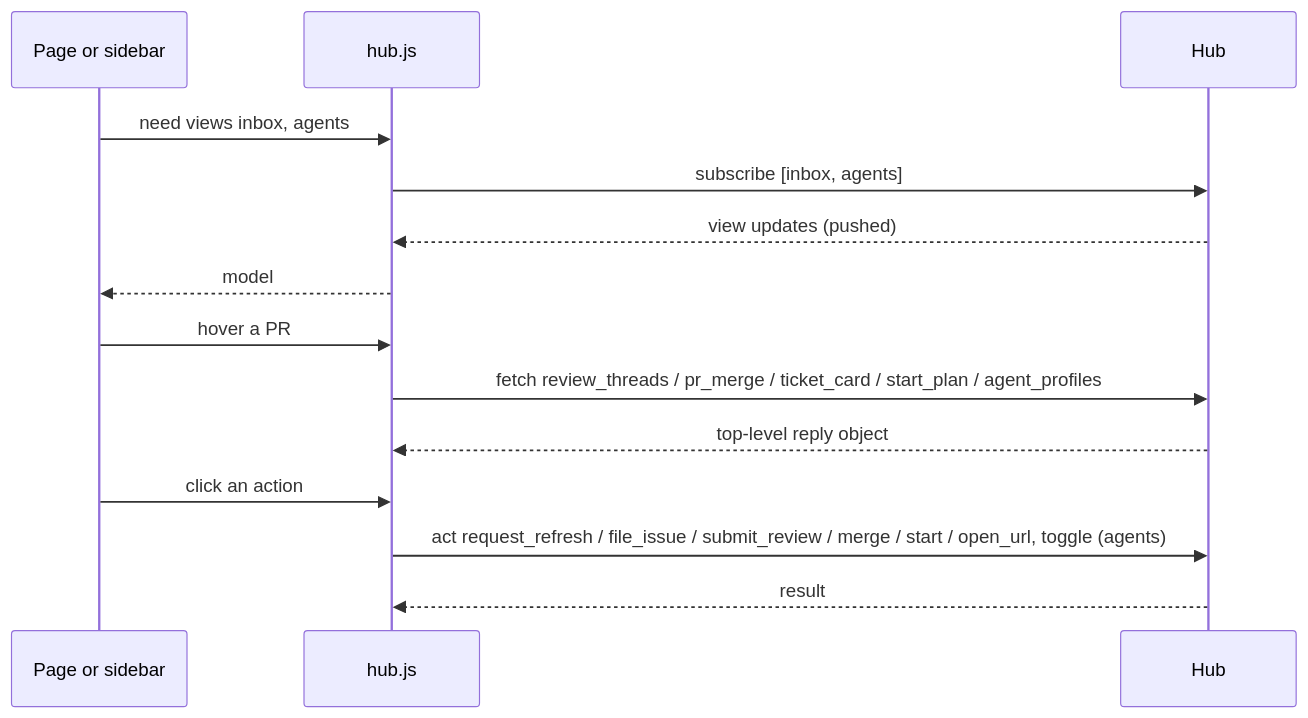
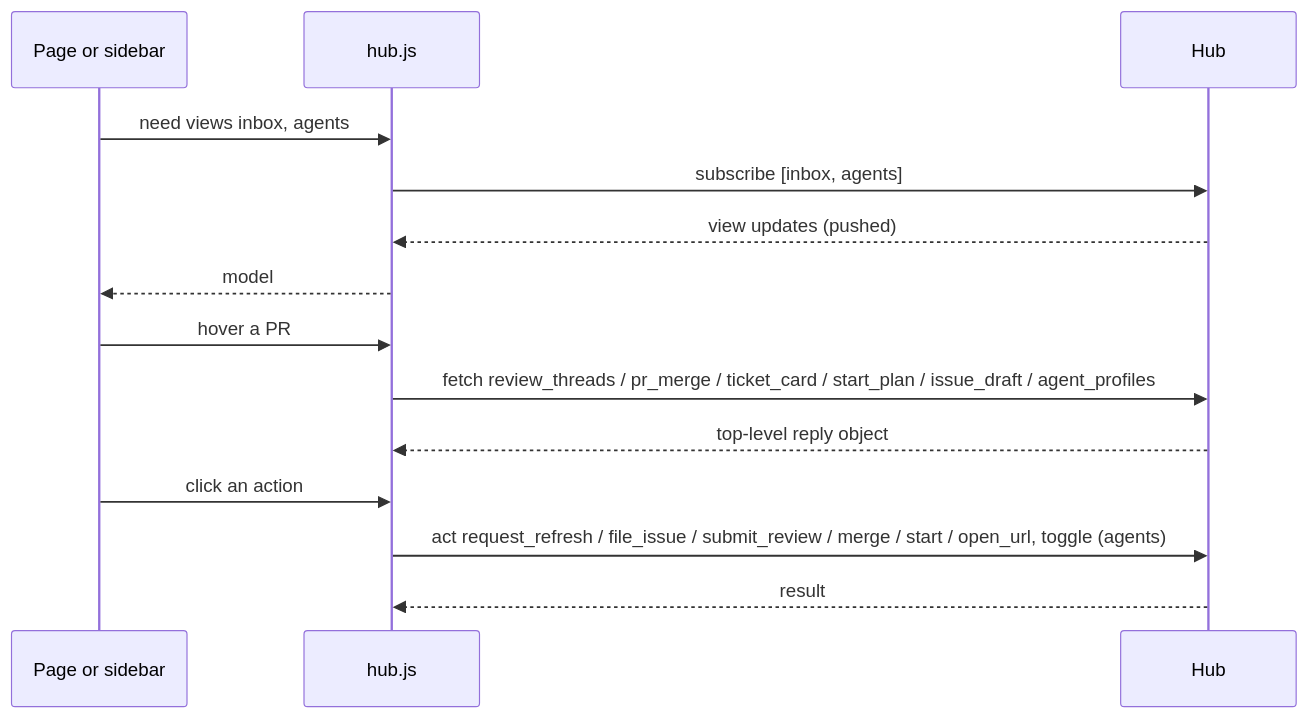
The fourth of 12 diagrams in herdr-layouts/khanh-personal/ARCHITECTURE.md (TQKNG/khanh-agent-workspace), drawn with Mermaid before and after one commit. The commit also changed 10 other files, not shown here.

First line of the commit message:
feat(herdr-layout): draft issues from an idea in the File issue dialog (#18)

````diff
--- a/herdr-layouts/khanh-personal/ARCHITECTURE.md
+++ b/herdr-layouts/khanh-personal/ARCHITECTURE.md
@@ -94,17 +94,17 @@
 ```mermaid
 sequenceDiagram
     participant UI as Page or sidebar
     participant HC as hub.js
     participant H as Hub
 
     UI->>HC: need views inbox, agents
     HC->>H: subscribe [inbox, agents]
     H-->>HC: view updates (pushed)
     HC-->>UI: model
     UI->>HC: hover a PR
-    HC->>H: fetch review_threads / pr_merge / ticket_card / start_plan / agent_profiles
+    HC->>H: fetch review_threads / pr_merge / ticket_card / start_plan / issue_draft / agent_profiles
     H-->>HC: top-level reply object
     UI->>HC: click an action
     HC->>H: act request_refresh / file_issue / submit_review / merge / start / open_url, toggle (agents)
     H-->>HC: result
 ```
````
